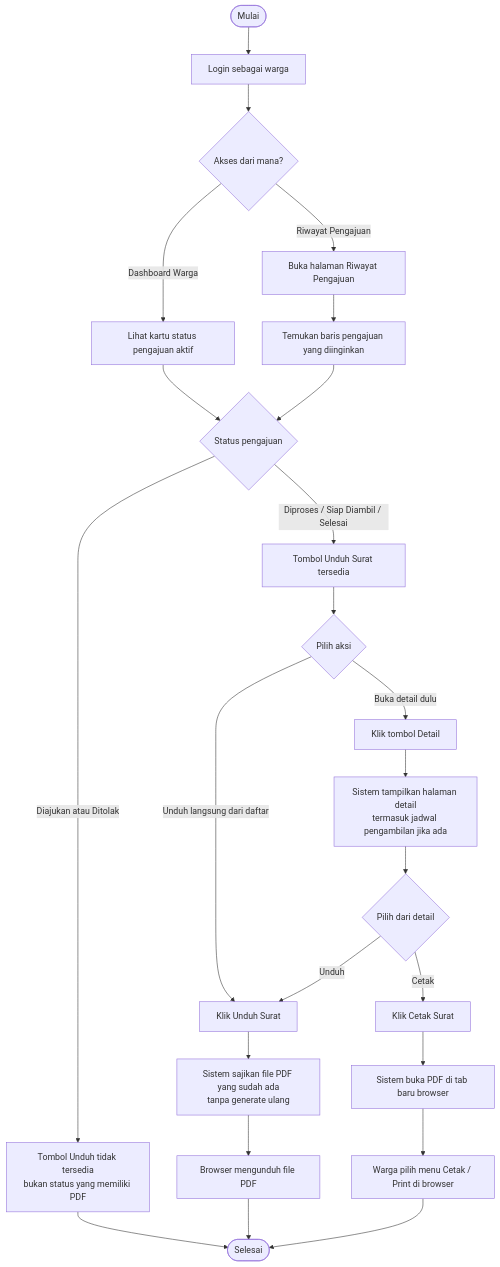
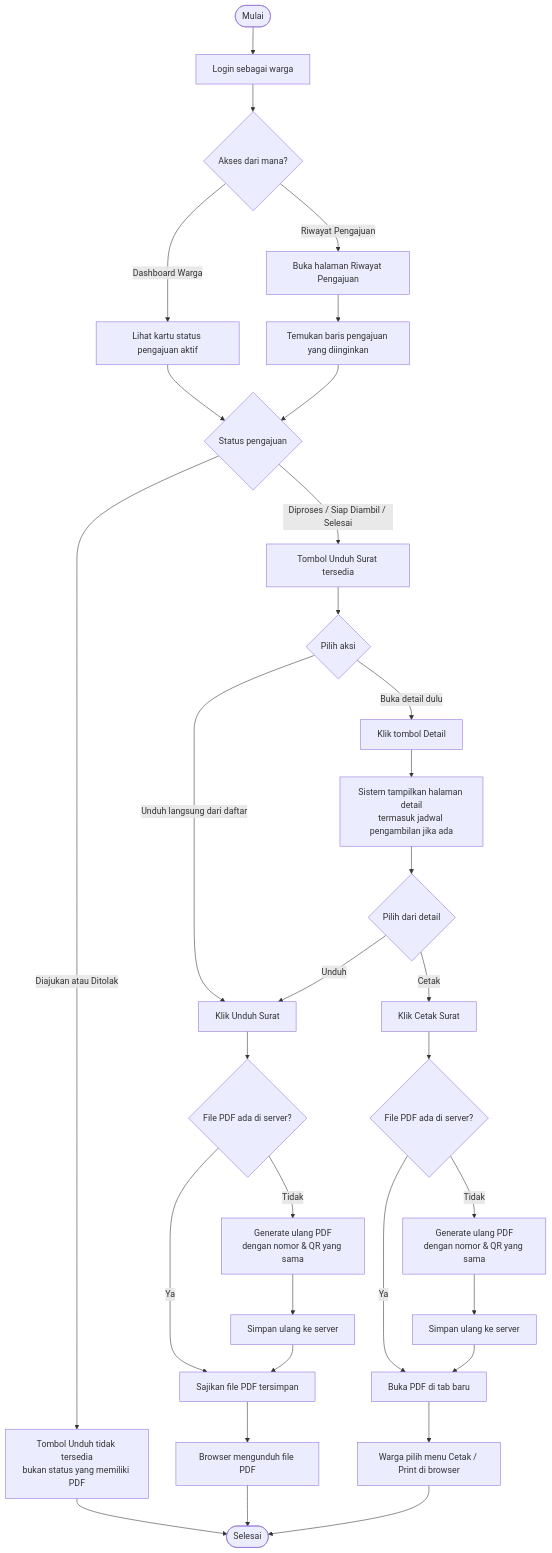
Before and after one commit to ZulfikarHD/sistem-desa: the diagram in docs/user-docs/diagrams/activity/ad-08-unduh-cetak-surat.md, drawn with Mermaid. The commit also changed other lines of this file and 26 other files, not shown here.

First line of the commit message:
fix(surat): perbaiki 404 unduh/cetak saat file PDF hilang

````diff
--- a/docs/user-docs/diagrams/activity/ad-08-unduh-cetak-surat.md
+++ b/docs/user-docs/diagrams/activity/ad-08-unduh-cetak-surat.md
@@ -23,32 +23,40 @@
 ```mermaid
 flowchart TD
     Start([Mulai]) --> A[Login sebagai warga]
     A --> B{Akses dari mana?}
     B -->|"Dashboard Warga"| C[Lihat kartu status pengajuan aktif]
     B -->|"Riwayat Pengajuan"| D[Buka halaman Riwayat Pengajuan]
     D --> E[Temukan baris pengajuan yang diinginkan]
 
     C --> F{Status pengajuan}
     E --> F
 
     F -->|"Diajukan atau Ditolak"| G[Tombol Unduh tidak tersedia\nbukan status yang memiliki PDF]
     G --> End([Selesai])
 
     F -->|"Diproses / Siap Diambil / Selesai"| H[Tombol Unduh Surat tersedia]
     H --> I{Pilih aksi}
 
     I -->|"Unduh langsung dari daftar"| J[Klik Unduh Surat]
     I -->|"Buka detail dulu"| K[Klik tombol Detail]
     K --> L[Sistem tampilkan halaman detail\ntermasuk jadwal pengambilan jika ada]
     L --> M{Pilih dari detail}
     M -->|"Unduh"| J
     M -->|"Cetak"| N[Klik Cetak Surat]
 
-    J --> O[Sistem sajikan file PDF yang sudah ada\ntanpa generate ulang]
-    O --> P[Browser mengunduh file PDF]
-    P --> End
+    J --> O{File PDF ada di server?}
+    O -->|Ya| P[Sajikan file PDF tersimpan]
+    O -->|Tidak| Q[Generate ulang PDF\ndengan nomor & QR yang sama]
+    Q --> R[Simpan ulang ke server]
+    R --> P
+    P --> S[Browser mengunduh file PDF]
+    S --> End
 
-    N --> Q[Sistem buka PDF di tab baru browser]
-    Q --> R[Warga pilih menu Cetak / Print di browser]
-    R --> End
+    N --> T{File PDF ada di server?}
+    T -->|Ya| U[Buka PDF di tab baru]
+    T -->|Tidak| V[Generate ulang PDF\ndengan nomor & QR yang sama]
+    V --> W[Simpan ulang ke server]
+    W --> U
+    U --> X[Warga pilih menu Cetak / Print di browser]
+    X --> End
 ```
````
